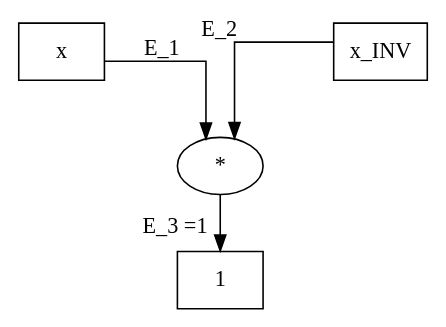
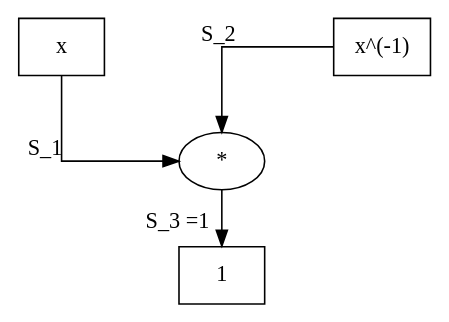
One commit to LeastAuthority/moonmath-manual changed the diagram in BTINV.dot. Above: the diagram before and after it, drawn with Graphviz. The commit also changed 56 other files, not shown here.

```diff
--- a/BTINV.dot
+++ b/BTINV.dot
@@ -1,17 +1,17 @@
 digraph BTINV {
 	graph [center=true,
 		forcelabels=true,
 		nodesep=2.0,
 		splines=ortho
 	];
 	n1	[label=x,
 		shape=box];
 	n3	[label="*"];
-	n1 -> n3	[xlabel="E_1 "];
+	n1 -> n3	[xlabel="S_1 "];
 	n4	[label=1,
 		shape=box];
-	n3 -> n4	[xlabel="E_3 =1 "];
-	n2	[label=x_INV,
+	n3 -> n4	[xlabel="S_3 =1 "];
+	n2	[label="x^(-1)",
 		shape=box];
-	n2 -> n3	[xlabel="E_2 "];
+	n2 -> n3	[xlabel="S_2 "];
 }
```
